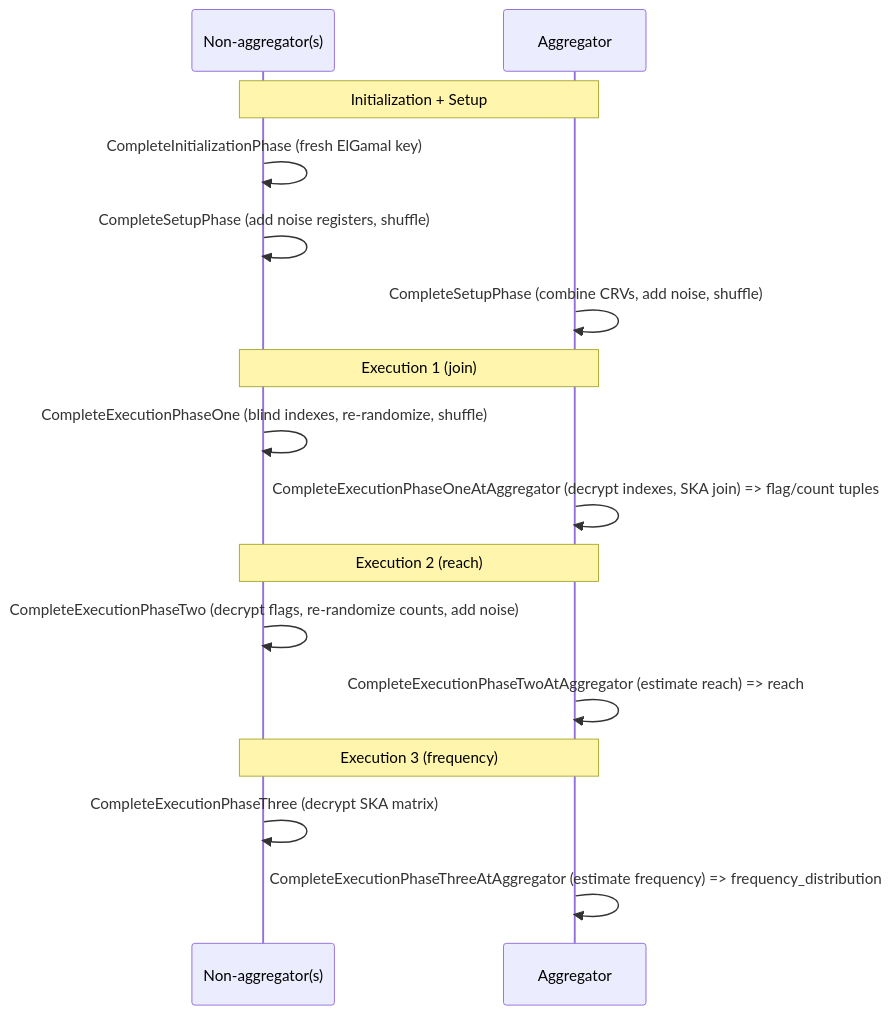
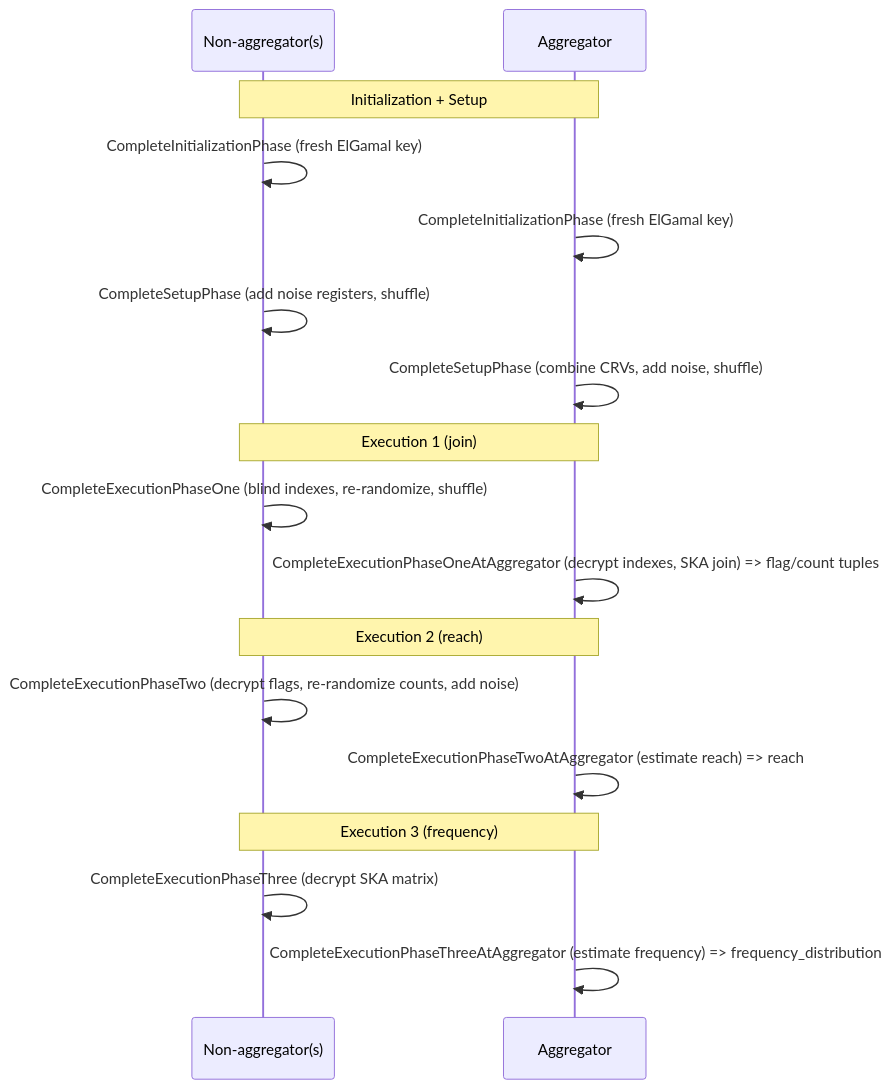
One commit to world-federation-of-advertisers/cross-media-measurement changed the second of 3 diagrams in docs/architecture/crosscutting/mpc-and-cryptography.md. Above: the diagram before and after it, drawn with Mermaid. The commit also changed 10 other files, not shown here.

````diff
--- a/docs/architecture/crosscutting/mpc-and-cryptography.md
+++ b/docs/architecture/crosscutting/mpc-and-cryptography.md
@@ -174,18 +174,19 @@
 ```mermaid
 sequenceDiagram
   participant NA as Non-aggregator(s)
   participant AGG as Aggregator
   Note over NA,AGG: Initialization + Setup
   NA->>NA: CompleteInitializationPhase (fresh ElGamal key)
+  AGG->>AGG: CompleteInitializationPhase (fresh ElGamal key)
   NA->>NA: CompleteSetupPhase (add noise registers, shuffle)
   AGG->>AGG: CompleteSetupPhase (combine CRVs, add noise, shuffle)
   Note over NA,AGG: Execution 1 (join)
   NA->>NA: CompleteExecutionPhaseOne (blind indexes, re-randomize, shuffle)
   AGG->>AGG: CompleteExecutionPhaseOneAtAggregator (decrypt indexes, SKA join) => flag/count tuples
   Note over NA,AGG: Execution 2 (reach)
   NA->>NA: CompleteExecutionPhaseTwo (decrypt flags, re-randomize counts, add noise)
   AGG->>AGG: CompleteExecutionPhaseTwoAtAggregator (estimate reach) => reach
   Note over NA,AGG: Execution 3 (frequency)
   NA->>NA: CompleteExecutionPhaseThree (decrypt SKA matrix)
   AGG->>AGG: CompleteExecutionPhaseThreeAtAggregator (estimate frequency) => frequency_distribution
 ```
````
